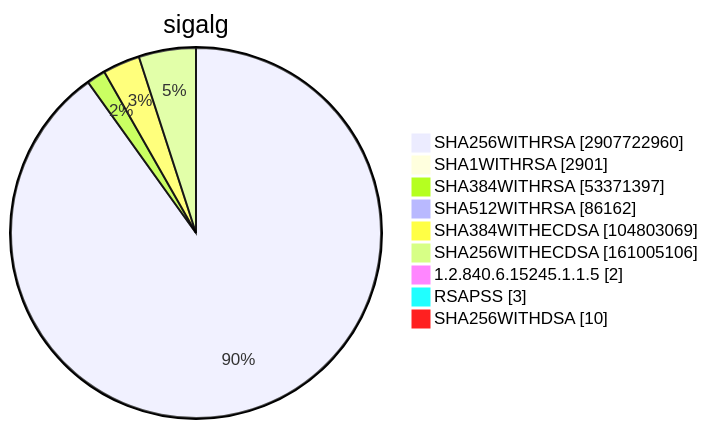
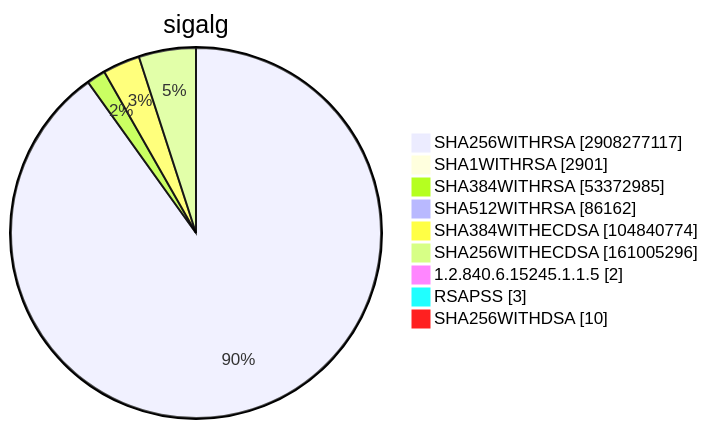
Before and after one commit to christiankrug/ctmonitor_visualization: diagram 15 of 15 in TOTAL/README.md, drawn with Mermaid. The commit also changed other lines of this file, not shown here.

````diff
--- a/TOTAL/README.md
+++ b/TOTAL/README.md
@@ -6207,13 +6207,13 @@
 ```mermaid
 pie showData
 title sigalg
-"SHA256WITHRSA" :2907722960
+"SHA256WITHRSA" :2908277117
 "SHA1WITHRSA" :2901
-"SHA384WITHRSA" :53371397
+"SHA384WITHRSA" :53372985
 "SHA512WITHRSA" :86162
-"SHA384WITHECDSA" :104803069
-"SHA256WITHECDSA" :161005106
+"SHA384WITHECDSA" :104840774
+"SHA256WITHECDSA" :161005296
 "1.2.840.6.15245.1.1.5" :2
 "RSAPSS" :3
 "SHA256WITHDSA" :10
 ```
````
